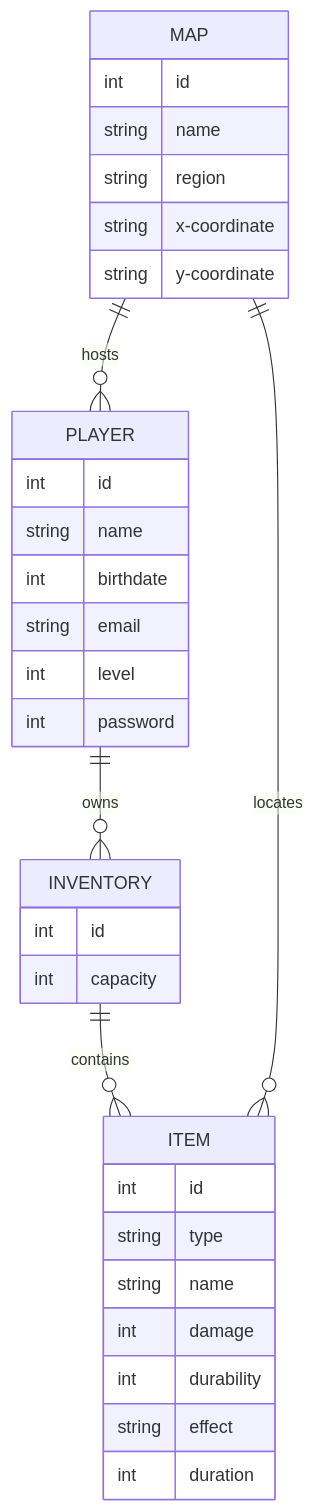
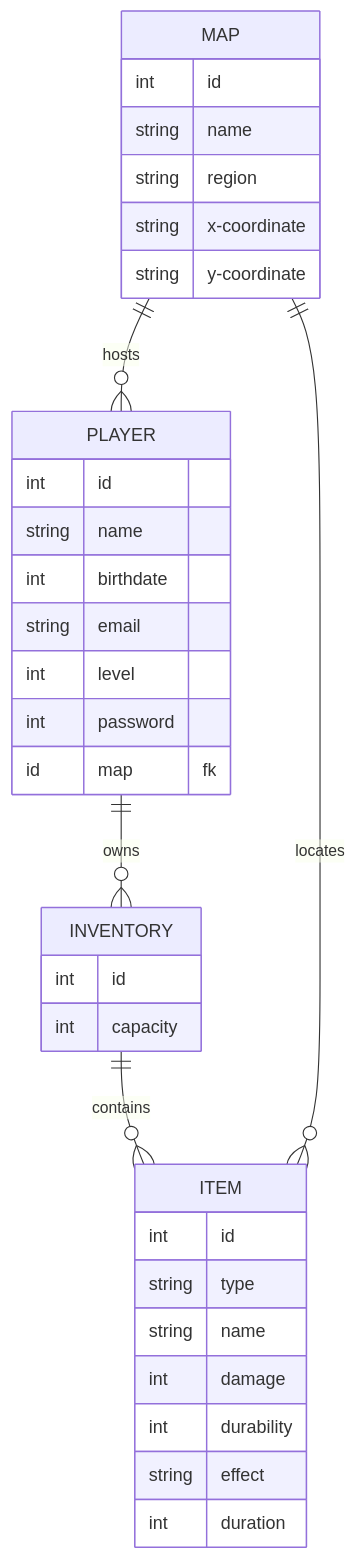
The diagram in project-root/docs/schema.md (Rosario-sanchez-marin/RPG-Inventory-System), drawn with Mermaid before and after one commit.

````diff
--- a/project-root/docs/schema.md
+++ b/project-root/docs/schema.md
@@ -3,44 +3,44 @@
 ```mermaid
 ---
 title:RPG Inventory System 
 ---
 erDiagram
     PLAYER ||--o{ INVENTORY : owns
     INVENTORY ||--o{ ITEM : contains
     MAP ||--o{ ITEM : locates
     MAP ||--o{ PLAYER : hosts
 
     PLAYER {
         int id
         string name
         int birthdate 
         string email
         int level
         int password
-        
+        id map fk
     }
 
     INVENTORY {
         int id
         int capacity
     }
 
     ITEM {
         int id
         string type
         string name
         int damage
         int durability
         string effect
         int duration
     }
 
     MAP {
         int id
         string name
         string region
         string x-coordinate
         string y-coordinate
     }
     
 ```
````
